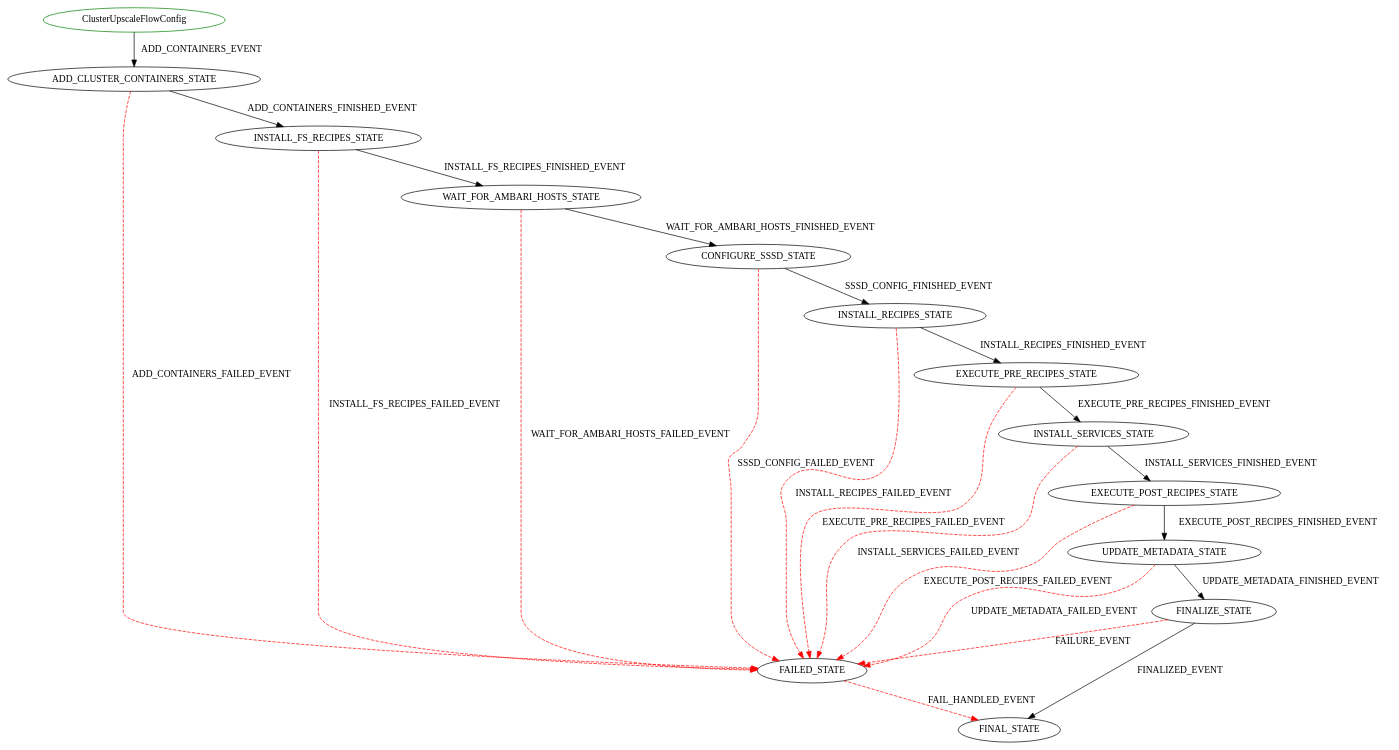
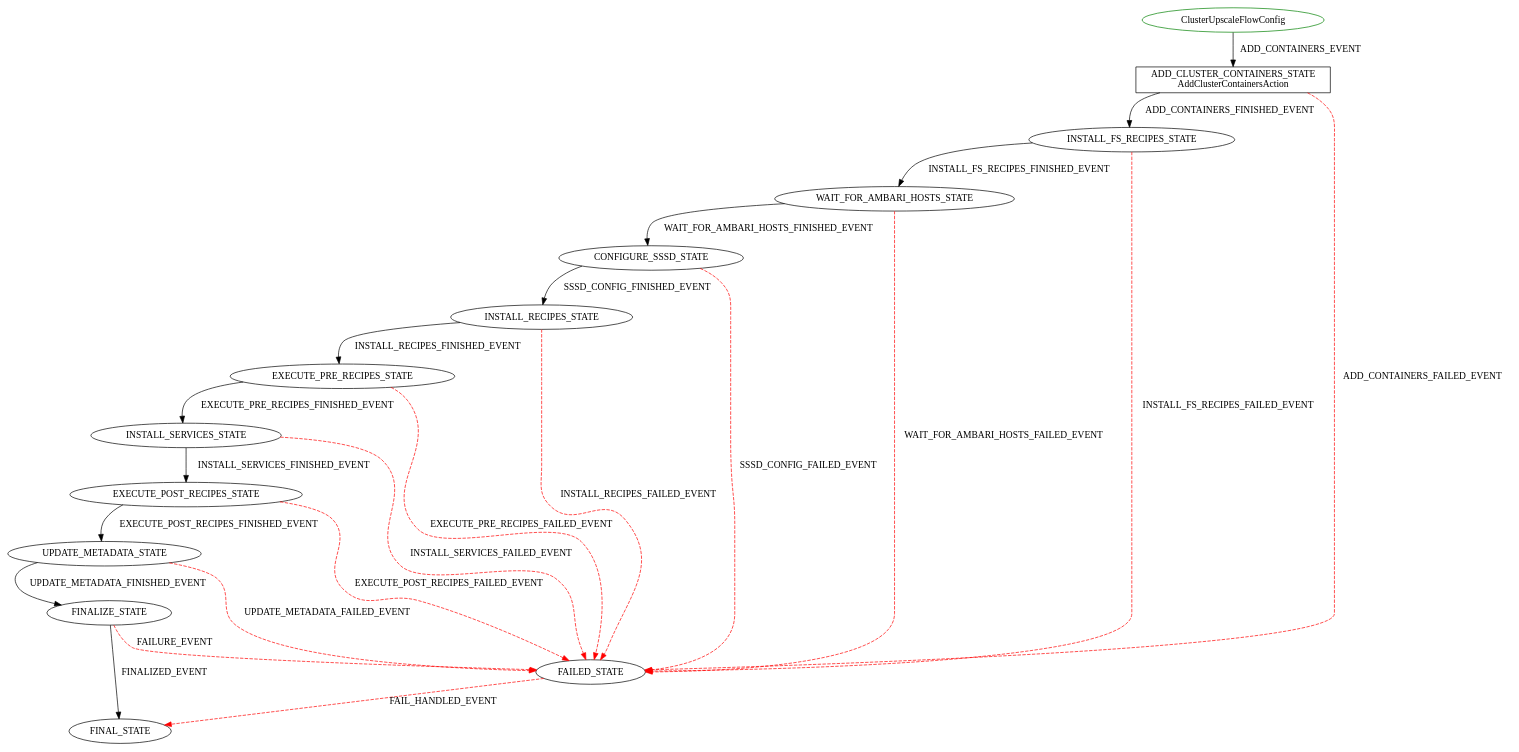
Before and after one commit to wprender/cloudbreak-docs: the diagram in docs/diagrams/ClusterUpscaleFlowConfig.dot, drawn with Graphviz. The commit also changed 10 other files, not shown here.

Commit message:
CLOUD-50456 Stack upscale/downscale with new flow engine, upscale

```diff
--- a/docs/diagrams/ClusterUpscaleFlowConfig.dot
+++ b/docs/diagrams/ClusterUpscaleFlowConfig.dot
@@ -1,25 +1,26 @@
 digraph {
 INIT_STATE [label="ClusterUpscaleFlowConfig" shape=ellipse color=green];
+ADD_CLUSTER_CONTAINERS_STATE [label="ADD_CLUSTER_CONTAINERS_STATE\nAddClusterContainersAction" shape=rect color=black];
 INIT_STATE -> ADD_CLUSTER_CONTAINERS_STATE [label="ADD_CONTAINERS_EVENT" color=black style=solid];
+ADD_CLUSTER_CONTAINERS_STATE -> INSTALL_FS_RECIPES_STATE [label="ADD_CONTAINERS_FINISHED_EVENT" color=black style=solid];
 ADD_CLUSTER_CONTAINERS_STATE -> FAILED_STATE [label="ADD_CONTAINERS_FAILED_EVENT" color=red style=dashed];
 FAILED_STATE -> FINAL_STATE [label="FAIL_HANDLED_EVENT" color=red style=dashed];
-ADD_CLUSTER_CONTAINERS_STATE -> INSTALL_FS_RECIPES_STATE [label="ADD_CONTAINERS_FINISHED_EVENT" color=black style=solid];
+INSTALL_FS_RECIPES_STATE -> WAIT_FOR_AMBARI_HOSTS_STATE [label="INSTALL_FS_RECIPES_FINISHED_EVENT" color=black style=solid];
 INSTALL_FS_RECIPES_STATE -> FAILED_STATE [label="INSTALL_FS_RECIPES_FAILED_EVENT" color=red style=dashed];
-INSTALL_FS_RECIPES_STATE -> WAIT_FOR_AMBARI_HOSTS_STATE [label="INSTALL_FS_RECIPES_FINISHED_EVENT" color=black style=solid];
+WAIT_FOR_AMBARI_HOSTS_STATE -> CONFIGURE_SSSD_STATE [label="WAIT_FOR_AMBARI_HOSTS_FINISHED_EVENT" color=black style=solid];
 WAIT_FOR_AMBARI_HOSTS_STATE -> FAILED_STATE [label="WAIT_FOR_AMBARI_HOSTS_FAILED_EVENT" color=red style=dashed];
-WAIT_FOR_AMBARI_HOSTS_STATE -> CONFIGURE_SSSD_STATE [label="WAIT_FOR_AMBARI_HOSTS_FINISHED_EVENT" color=black style=solid];
+CONFIGURE_SSSD_STATE -> INSTALL_RECIPES_STATE [label="SSSD_CONFIG_FINISHED_EVENT" color=black style=solid];
 CONFIGURE_SSSD_STATE -> FAILED_STATE [label="SSSD_CONFIG_FAILED_EVENT" color=red style=dashed];
-CONFIGURE_SSSD_STATE -> INSTALL_RECIPES_STATE [label="SSSD_CONFIG_FINISHED_EVENT" color=black style=solid];
+INSTALL_RECIPES_STATE -> EXECUTE_PRE_RECIPES_STATE [label="INSTALL_RECIPES_FINISHED_EVENT" color=black style=solid];
 INSTALL_RECIPES_STATE -> FAILED_STATE [label="INSTALL_RECIPES_FAILED_EVENT" color=red style=dashed];
-INSTALL_RECIPES_STATE -> EXECUTE_PRE_RECIPES_STATE [label="INSTALL_RECIPES_FINISHED_EVENT" color=black style=solid];
+EXECUTE_PRE_RECIPES_STATE -> INSTALL_SERVICES_STATE [label="EXECUTE_PRE_RECIPES_FINISHED_EVENT" color=black style=solid];
 EXECUTE_PRE_RECIPES_STATE -> FAILED_STATE [label="EXECUTE_PRE_RECIPES_FAILED_EVENT" color=red style=dashed];
-EXECUTE_PRE_RECIPES_STATE -> INSTALL_SERVICES_STATE [label="EXECUTE_PRE_RECIPES_FINISHED_EVENT" color=black style=solid];
+INSTALL_SERVICES_STATE -> EXECUTE_POST_RECIPES_STATE [label="INSTALL_SERVICES_FINISHED_EVENT" color=black style=solid];
 INSTALL_SERVICES_STATE -> FAILED_STATE [label="INSTALL_SERVICES_FAILED_EVENT" color=red style=dashed];
-INSTALL_SERVICES_STATE -> EXECUTE_POST_RECIPES_STATE [label="INSTALL_SERVICES_FINISHED_EVENT" color=black style=solid];
+EXECUTE_POST_RECIPES_STATE -> UPDATE_METADATA_STATE [label="EXECUTE_POST_RECIPES_FINISHED_EVENT" color=black style=solid];
 EXECUTE_POST_RECIPES_STATE -> FAILED_STATE [label="EXECUTE_POST_RECIPES_FAILED_EVENT" color=red style=dashed];
-EXECUTE_POST_RECIPES_STATE -> UPDATE_METADATA_STATE [label="EXECUTE_POST_RECIPES_FINISHED_EVENT" color=black style=solid];
+UPDATE_METADATA_STATE -> FINALIZE_STATE [label="UPDATE_METADATA_FINISHED_EVENT" color=black style=solid];
 UPDATE_METADATA_STATE -> FAILED_STATE [label="UPDATE_METADATA_FAILED_EVENT" color=red style=dashed];
-UPDATE_METADATA_STATE -> FINALIZE_STATE [label="UPDATE_METADATA_FINISHED_EVENT" color=black style=solid];
+FINALIZE_STATE -> FINAL_STATE [label="FINALIZED_EVENT" color=black style=solid];
 FINALIZE_STATE -> FAILED_STATE [label="FAILURE_EVENT" color=red style=dashed];
-FINALIZE_STATE -> FINAL_STATE [label="FINALIZED_EVENT" color=black style=solid];
 }
```
